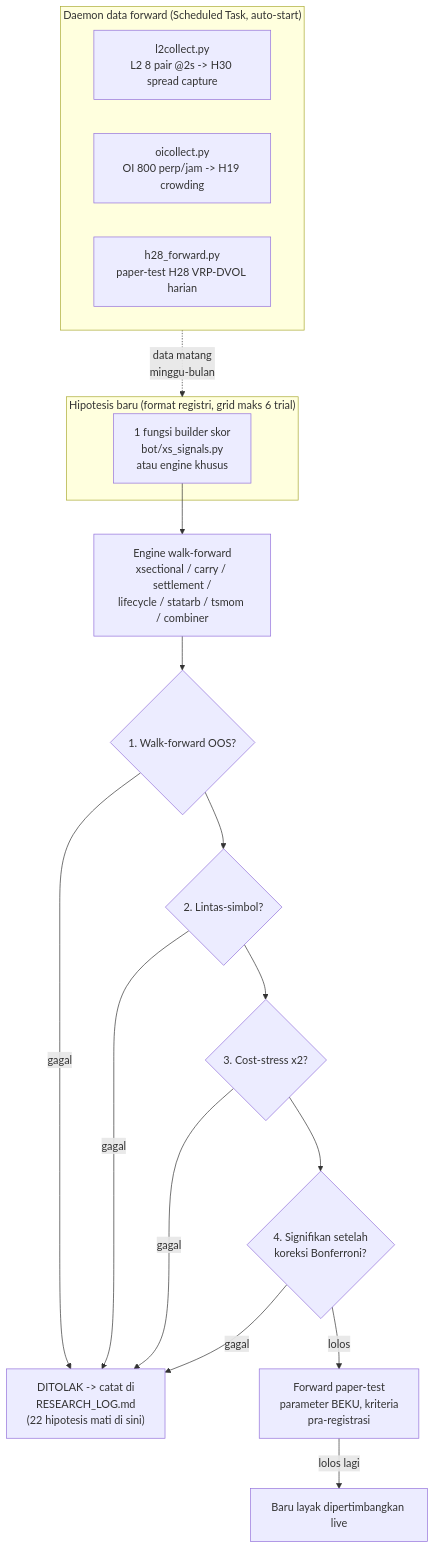
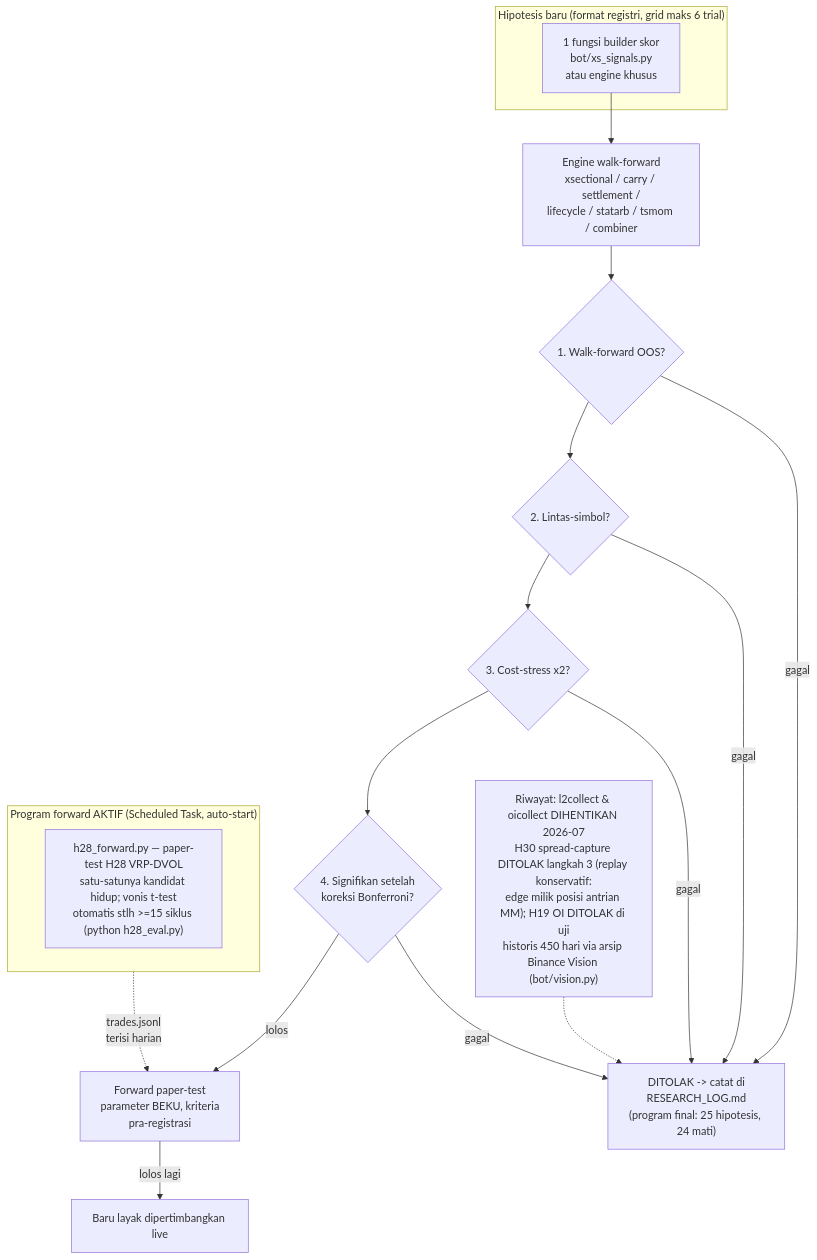
The second of 2 diagrams in README.md (yono99/binance-usdc-bot), drawn with Mermaid before and after one commit. The commit also changed other lines of this file, not shown here.

First line of the commit message:
docs(readme): P4 — diagram disinkronkan dgn arsitektur aktual

````diff
--- a/README.md
+++ b/README.md
@@ -271,26 +274,27 @@
 ```mermaid
 flowchart TD
     subgraph IDEA["Hipotesis baru (format registri, grid maks 6 trial)"]
         H["1 fungsi builder skor<br/>bot/xs_signals.py<br/>atau engine khusus"]
     end
 
     H --> ENG["Engine walk-forward<br/>xsectional / carry / settlement /<br/>lifecycle / statarb / tsmom / combiner"]
 
     ENG --> P1{"1. Walk-forward OOS?"}
-    P1 -->|gagal| DEAD["DITOLAK -> catat di<br/>RESEARCH_LOG.md<br/>(22 hipotesis mati di sini)"]
+    P1 -->|gagal| DEAD["DITOLAK -> catat di<br/>RESEARCH_LOG.md<br/>(program final: 25 hipotesis, 24 mati)"]
     P1 --> P2{"2. Lintas-simbol?"}
     P2 -->|gagal| DEAD
     P2 --> P3{"3. Cost-stress x2?"}
     P3 -->|gagal| DEAD
     P3 --> P4{"4. Signifikan setelah<br/>koreksi Bonferroni?"}
     P4 -->|gagal| DEAD
     P4 -->|lolos| FWD["Forward paper-test<br/>parameter BEKU, kriteria<br/>pra-registrasi"]
     FWD -->|lolos lagi| LIVE["Baru layak dipertimbangkan live"]
 
-    subgraph DAEMON["Daemon data forward (Scheduled Task, auto-start)"]
-        L2["l2collect.py<br/>L2 8 pair @2s -> H30 spread capture"]
-        OI["oicollect.py<br/>OI 800 perp/jam -> H19 crowding"]
-        H28["h28_forward.py<br/>paper-test H28 VRP-DVOL harian"]
+    subgraph DAEMON["Program forward AKTIF (Scheduled Task, auto-start)"]
+        H28["h28_forward.py — paper-test H28 VRP-DVOL<br/>satu-satunya kandidat hidup; vonis t-test<br/>otomatis stlh >=15 siklus (python h28_eval.py)"]
     end
-    DAEMON -.->|data matang<br/>minggu-bulan| IDEA
+    DAEMON -.->|trades.jsonl<br/>terisi harian| FWD
+
+    ARSIP["Riwayat: l2collect & oicollect DIHENTIKAN 2026-07<br/>H30 spread-capture DITOLAK langkah 3 (replay konservatif:<br/>edge milik posisi antrian MM); H19 OI DITOLAK di uji<br/>historis 450 hari via arsip Binance Vision (bot/vision.py)"]
+    ARSIP -.-> DEAD
 ```
````
